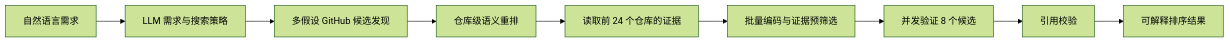
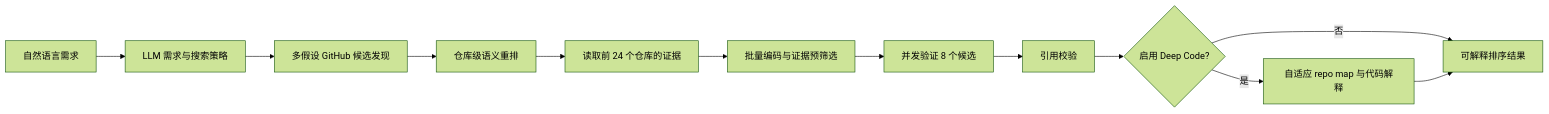
Before and after one commit to ETOLucy/RepoScoutAgent: the diagram in README.md, drawn with Mermaid (forest theme). The commit also changed other lines of this file and 20 other files, not shown here.

Commit message:
feat: add adaptive deep code search and bilingual docs

````diff
--- a/README.md
+++ b/README.md
@@ -31,11 +37,14 @@
 ```mermaid
 flowchart LR
     A[自然语言需求] --> B[LLM 需求与搜索策略]
     B --> C[多假设 GitHub 候选发现]
     C --> D[仓库级语义重排]
     D --> E[读取前 24 个仓库的证据]
     E --> I[批量编码与证据预筛选]
     I --> F[并发验证 8 个候选]
     F --> H[引用校验]
-    H --> G[可解释排序结果]
+    H --> J{启用 Deep Code?}
+    J -- 否 --> G[可解释排序结果]
+    J -- 是 --> K[自适应 repo map 与代码解释]
+    K --> G
 ```
````
